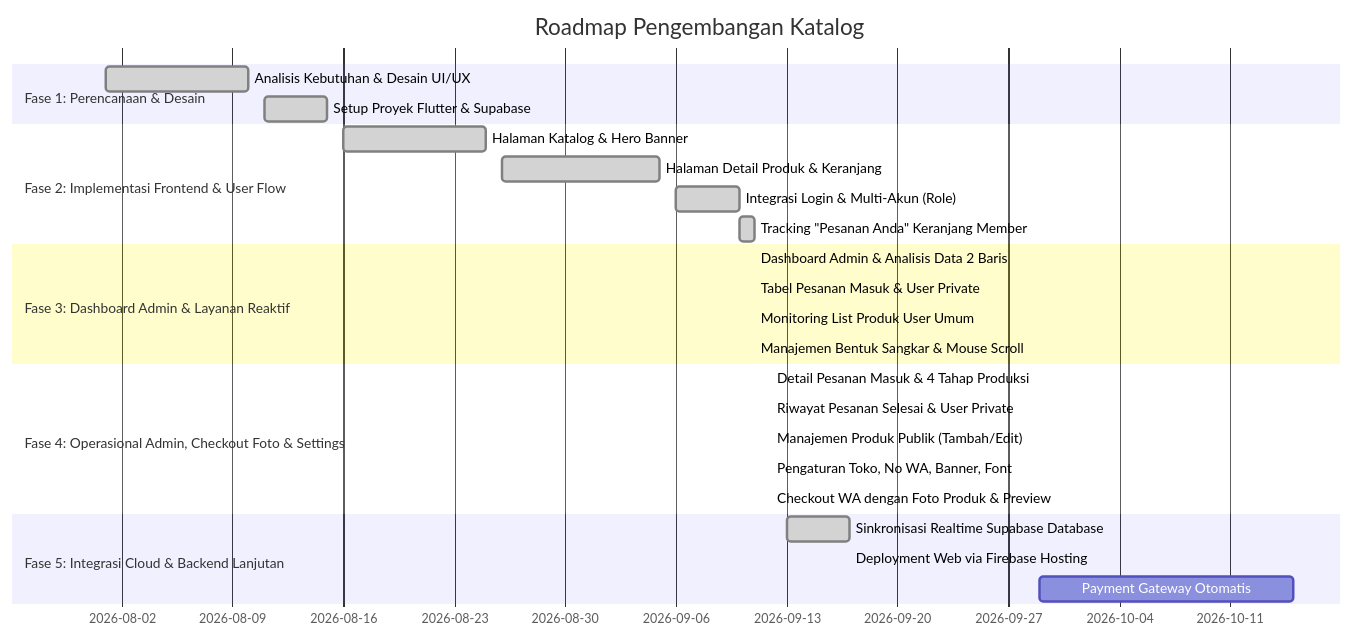
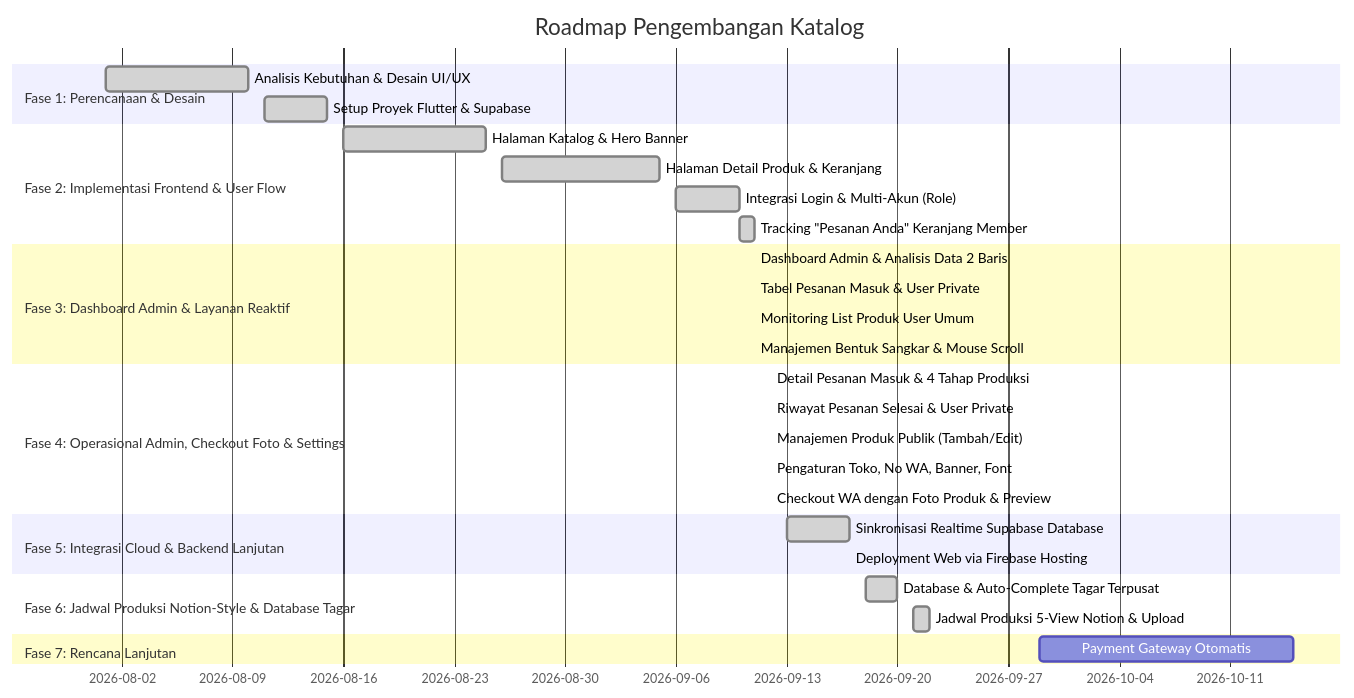
One commit to Dav2257/katalog changed the diagram in dokumen/planing/README.md. Above: the diagram before and after it, drawn with Mermaid. The commit also changed other lines of this file and 21 other files, not shown here.

````diff
--- a/dokumen/planing/README.md
+++ b/dokumen/planing/README.md
@@ -31,28 +31,32 @@
 ```mermaid
 gantt
     title Roadmap Pengembangan Katalog
     dateFormat  YYYY-MM-DD
     section Fase 1: Perencanaan & Desain
     Analisis Kebutuhan & Desain UI/UX       :done,    des1, 2026-08-01, 2026-08-10
     Setup Proyek Flutter & Supabase         :done,    des2, 2026-08-11, 2026-08-15
     section Fase 2: Implementasi Frontend & User Flow
     Halaman Katalog & Hero Banner           :done,    fe1,  2026-08-16, 2026-08-25
     Halaman Detail Produk & Keranjang       :done,    fe2,  2026-08-26, 2026-09-05
     Integrasi Login & Multi-Akun (Role)     :done,    fe3,  2026-09-06, 2026-09-10
     Tracking "Pesanan Anda" Keranjang Member:done,    fe4,  2026-09-10, 2026-09-11
     section Fase 3: Dashboard Admin & Layanan Reaktif
     Dashboard Admin & Analisis Data 2 Baris :done,    adm1, 2026-09-11, 2026-09-11
     Tabel Pesanan Masuk & User Private      :done,    adm2, 2026-09-11, 2026-09-11
     Monitoring List Produk User Umum        :done,    adm3, 2026-09-11, 2026-09-11
     Manajemen Bentuk Sangkar & Mouse Scroll :done,    adm4, 2026-09-11, 2026-09-11
     section Fase 4: Operasional Admin, Checkout Foto & Settings
     Detail Pesanan Masuk & 4 Tahap Produksi :done,    adm5, 2026-09-12, 2026-09-12
     Riwayat Pesanan Selesai & User Private  :done,    adm6, 2026-09-12, 2026-09-12
     Manajemen Produk Publik (Tambah/Edit)   :done,    adm7, 2026-09-12, 2026-09-12
     Pengaturan Toko, No WA, Banner, Font    :done,    adm8, 2026-09-12, 2026-09-12
     Checkout WA dengan Foto Produk & Preview:done,    fe5,  2026-09-12, 2026-09-12
     section Fase 5: Integrasi Cloud & Backend Lanjutan
     Sinkronisasi Realtime Supabase Database :done,    be1,  2026-09-13, 2026-09-17
     Deployment Web via Firebase Hosting     :done,    fe6,  2026-09-17, 2026-09-17
+    section Fase 6: Jadwal Produksi Notion-Style & Database Tagar
+    Database & Auto-Complete Tagar Terpusat :done,    fe7,  2026-09-18, 2026-09-20
+    Jadwal Produksi 5-View Notion & Upload  :done,    fe8,  2026-09-21, 2026-09-22
+    section Fase 7: Rencana Lanjutan
     Payment Gateway Otomatis                :         be2,  2026-09-29, 2026-10-15
 ```
````
